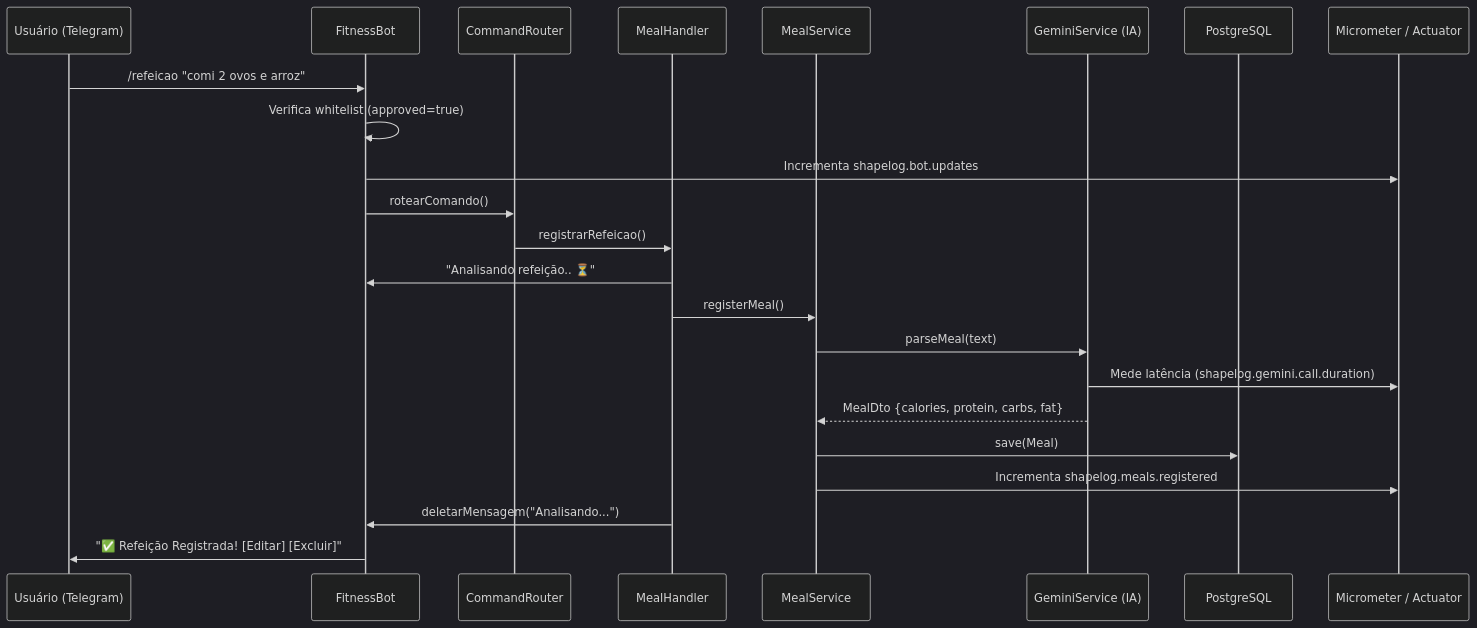
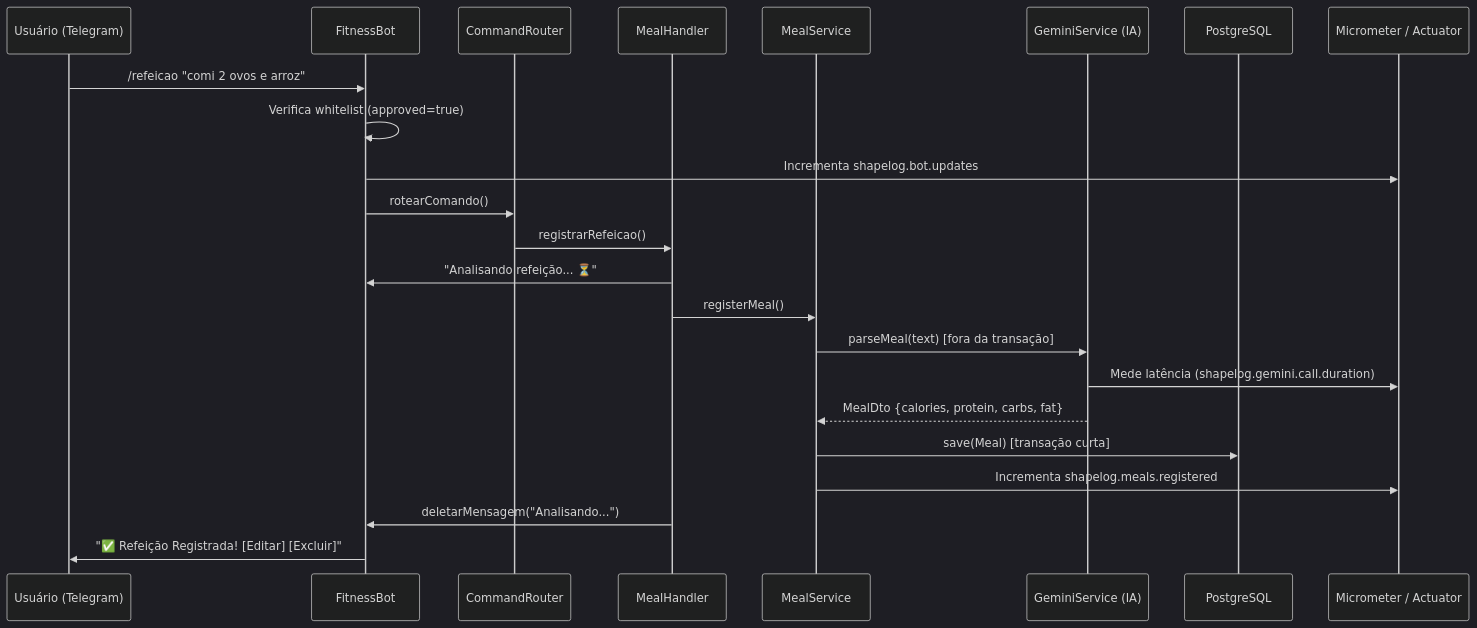
Before and after one commit to Savio-Marques/ShapeLog.ai: the second of 2 diagrams in README.md, drawn with Mermaid (dark theme). The commit also changed other lines of this file and 7 other files, not shown here.

````diff
--- a/README.md
+++ b/README.md
@@ -132,26 +128,26 @@
 ```mermaid
 sequenceDiagram
     participant U as Usuário (Telegram)
     participant F as FitnessBot
     participant R as CommandRouter
     participant H as MealHandler
     participant S as MealService
     participant AI as GeminiService (IA)
     participant DB as PostgreSQL
     participant M as Micrometer / Actuator
 
     U->>F: /refeicao "comi 2 ovos e arroz"
     F->>F: Verifica whitelist (approved=true)
     F->>M: Incrementa shapelog.bot.updates
     F->>R: rotearComando()
     R->>H: registrarRefeicao()
-    H->>F: "Analisando refeição.. ⏳"
+    H->>F: "Analisando refeição... ⏳"
     H->>S: registerMeal()
-    S->>AI: parseMeal(text)
+    S->>AI: parseMeal(text) [fora da transação]
     AI->>M: Mede latência (shapelog.gemini.call.duration)
     AI-->>S: MealDto {calories, protein, carbs, fat}
-    S->>DB: save(Meal)
+    S->>DB: save(Meal) [transação curta]
     S->>M: Incrementa shapelog.meals.registered
     H->>F: deletarMensagem("Analisando...")
     F->>U: "✅ Refeição Registrada! [Editar] [Excluir]"
 ```
````
